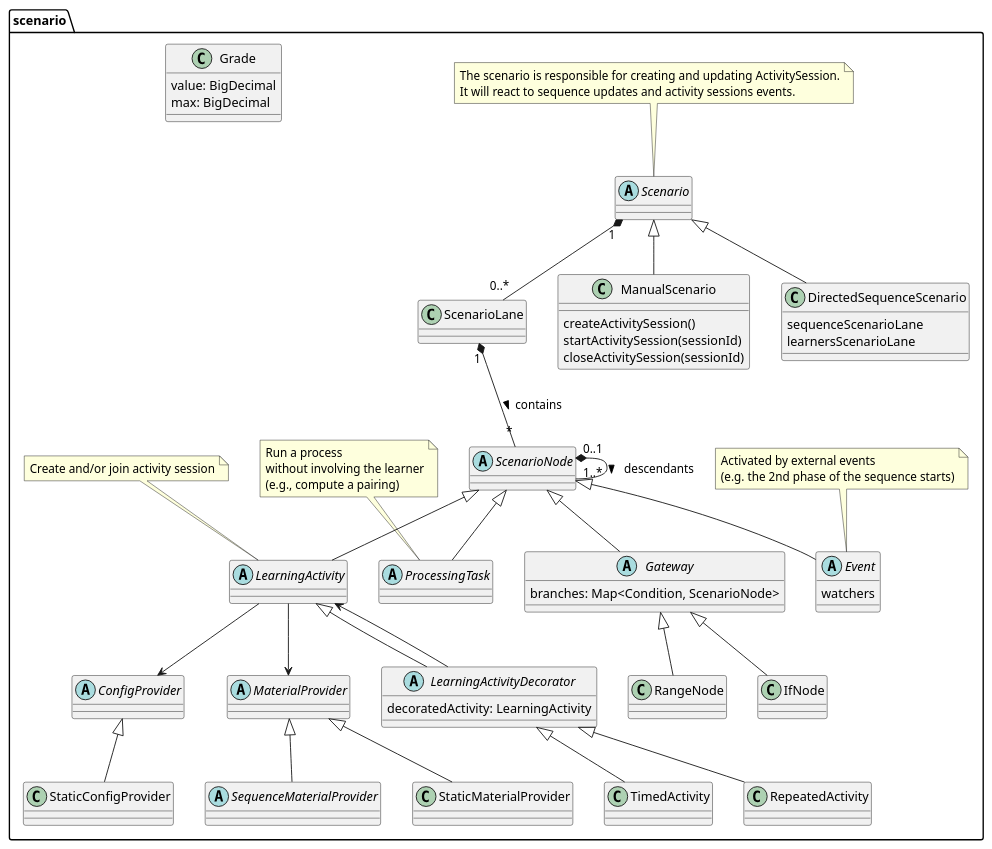
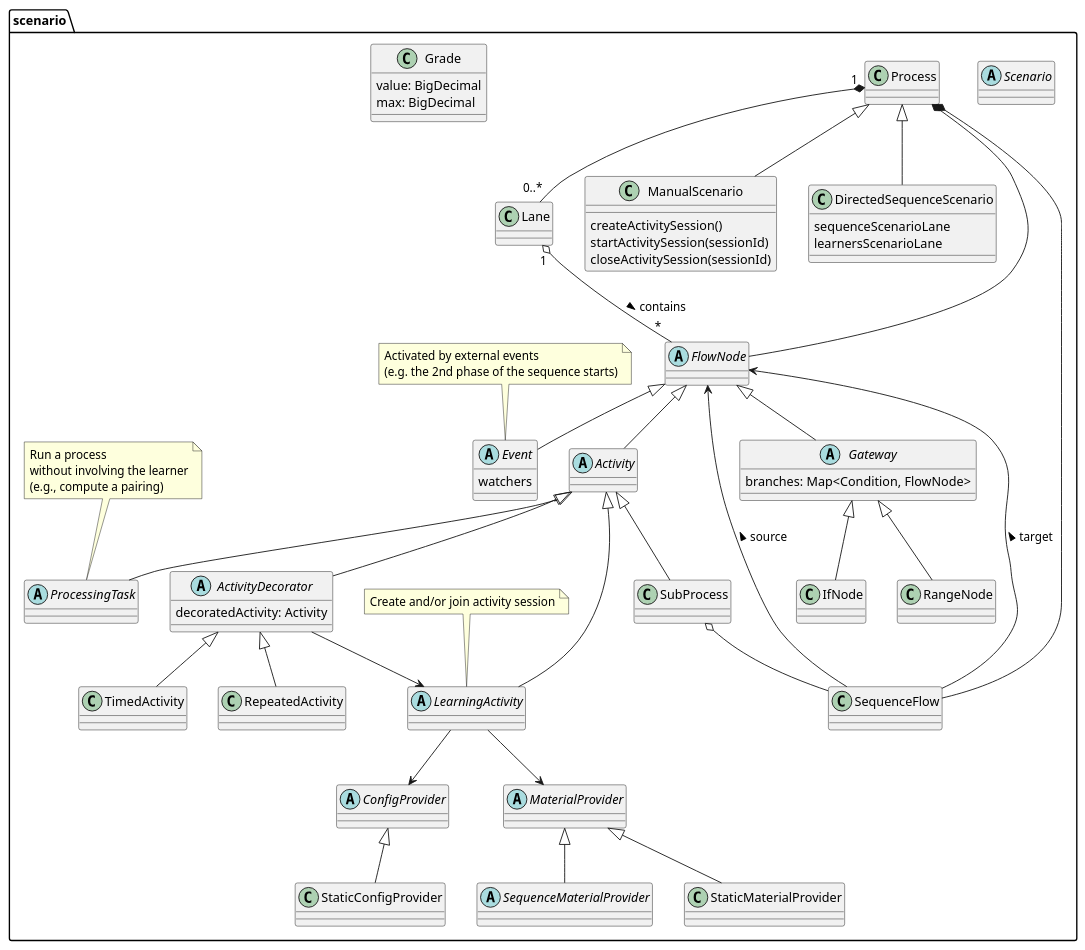
Before and after one commit to elaastic/ElaastiX: the diagram in docs/technical/uml/scenario.puml, drawn with PlantUML.

Commit message:
doc(model): Rework scenario model with BPMN concepts

```diff
--- a/docs/technical/uml/scenario.puml
+++ b/docs/technical/uml/scenario.puml
@@ -1,80 +1,90 @@
 @startuml
 'https://plantuml.com/class-diagram
 
 package scenario {
     abstract class Scenario
-    note top
-    The scenario is responsible for creating and updating ActivitySession.
-    It will react to sequence updates and activity sessions events.
-    end note
 
-    class ScenarioLane
+    class Lane
 
-    Scenario "1" *-- "0..*" ScenarioLane
+    Process "1" *-- "0..*" Lane
 
-    class ManualScenario extends Scenario {
+    class ManualScenario extends Process {
         createActivitySession()
         startActivitySession(sessionId)
         closeActivitySession(sessionId)
     }
 
-    class DirectedSequenceScenario extends Scenario {
+    class DirectedSequenceScenario extends Process {
         sequenceScenarioLane
         learnersScenarioLane
     }
 
-    abstract class ScenarioNode
 
-    abstract class LearningActivityDecorator extends LearningActivity {
-        decoratedActivity: LearningActivity
+    class SequenceFlow
+
+    Process *-- SequenceFlow
+    Process *-- FlowNode
+
+    SequenceFlow --> FlowNode :> source
+    SequenceFlow --> FlowNode :> target
+
+    abstract class FlowNode
+
+    abstract class Activity extends FlowNode
+
+    class SubProcess extends Activity
+
+    SubProcess o-- SequenceFlow
+
+    abstract class ActivityDecorator extends Activity {
+        decoratedActivity: Activity
     }
 
-    LearningActivityDecorator --> LearningActivity
+    ActivityDecorator --> LearningActivity
 
-    class TimedActivity extends LearningActivityDecorator
-    class RepeatedActivity extends LearningActivityDecorator
+    class TimedActivity extends ActivityDecorator
+    class RepeatedActivity extends ActivityDecorator
 
 
-    ScenarioLane "1" *-- "*" ScenarioNode : contains >
-    ScenarioNode "0..1" *-- "1..*" ScenarioNode : descendants >
+    Lane "1" o-- "*" FlowNode : contains >
 
-    abstract class Event extends ScenarioNode {
+    abstract class Event extends FlowNode {
         watchers
     }
     note top
         Activated by external events
         (e.g. the 2nd phase of the sequence starts)
     end note
 
-    abstract class Gateway extends ScenarioNode {
-        branches: Map<Condition, ScenarioNode>
+    abstract class Gateway extends FlowNode {
+        branches: Map<Condition, FlowNode>
     }
 
     class IfNode extends Gateway
     class RangeNode extends Gateway
 
-    abstract class ProcessingTask extends ScenarioNode
+    abstract class ProcessingTask extends Activity
     note top
         Run a process
         without involving the learner
         (e.g., compute a pairing)
     end note
 
-    abstract class LearningActivity extends ScenarioNode
+    abstract class LearningActivity extends Activity
     note top: Create and/or join activity session
 
     abstract class ConfigProvider
     abstract class MaterialProvider
     LearningActivity --> ConfigProvider
     LearningActivity --> MaterialProvider
 
     class StaticConfigProvider extends ConfigProvider
     class StaticMaterialProvider extends MaterialProvider
     abstract class SequenceMaterialProvider extends MaterialProvider
 
     class Grade {
         value: BigDecimal
         max: BigDecimal
     }
 }
 @enduml
```
